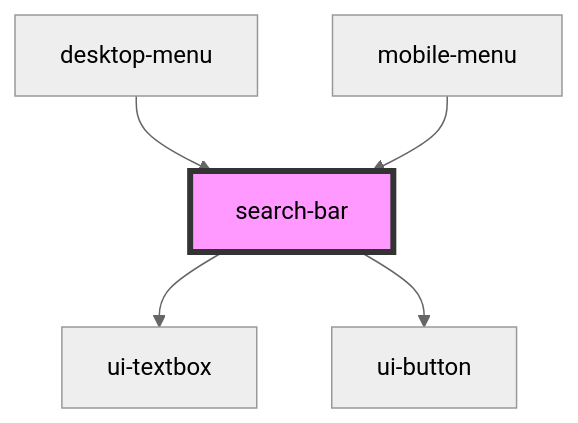
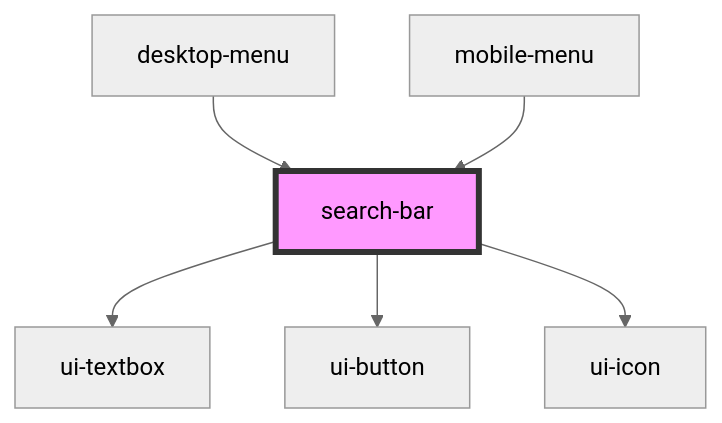
One commit to ankitghanekar-hcl/ui-shared-web-components changed the diagram in src/components/avon-header/search-bar/readme.md. Above: the diagram before and after it, drawn with Mermaid (neutral theme). The commit also changed other lines of this file and 18 other files, not shown here.

````diff
--- a/src/components/avon-header/search-bar/readme.md
+++ b/src/components/avon-header/search-bar/readme.md
@@ -19,8 +20,9 @@
 ```mermaid
 graph TD;
   search-bar --> ui-textbox
   search-bar --> ui-button
+  search-bar --> ui-icon
   desktop-menu --> search-bar
   mobile-menu --> search-bar
   style search-bar fill:#f9f,stroke:#333,stroke-width:4px
 ```
````
